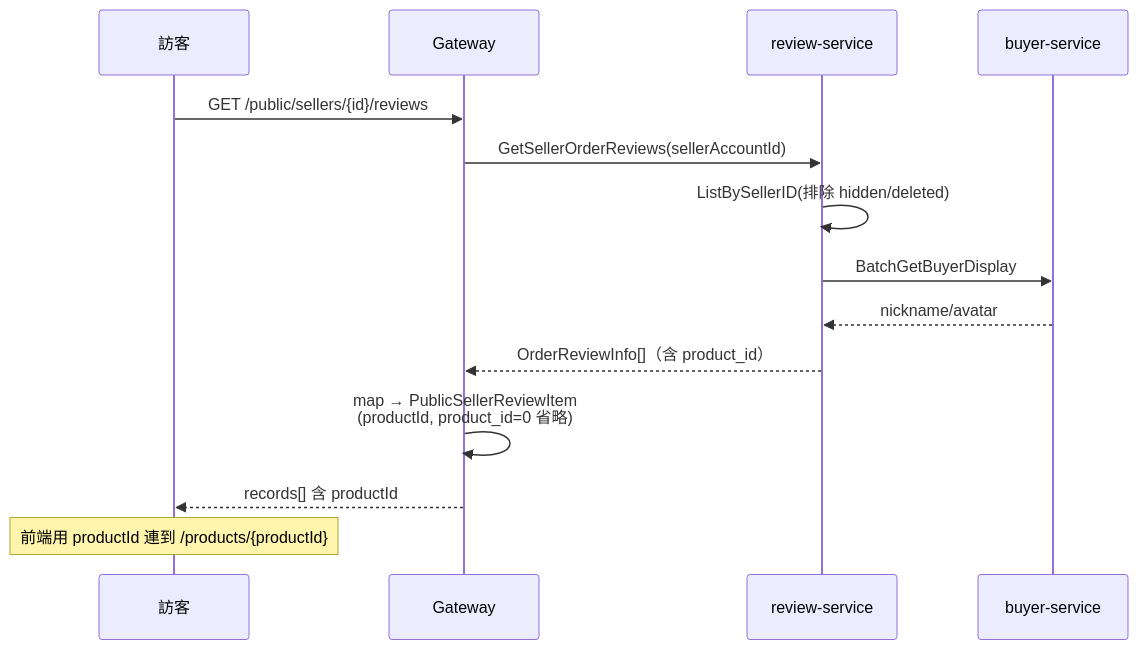
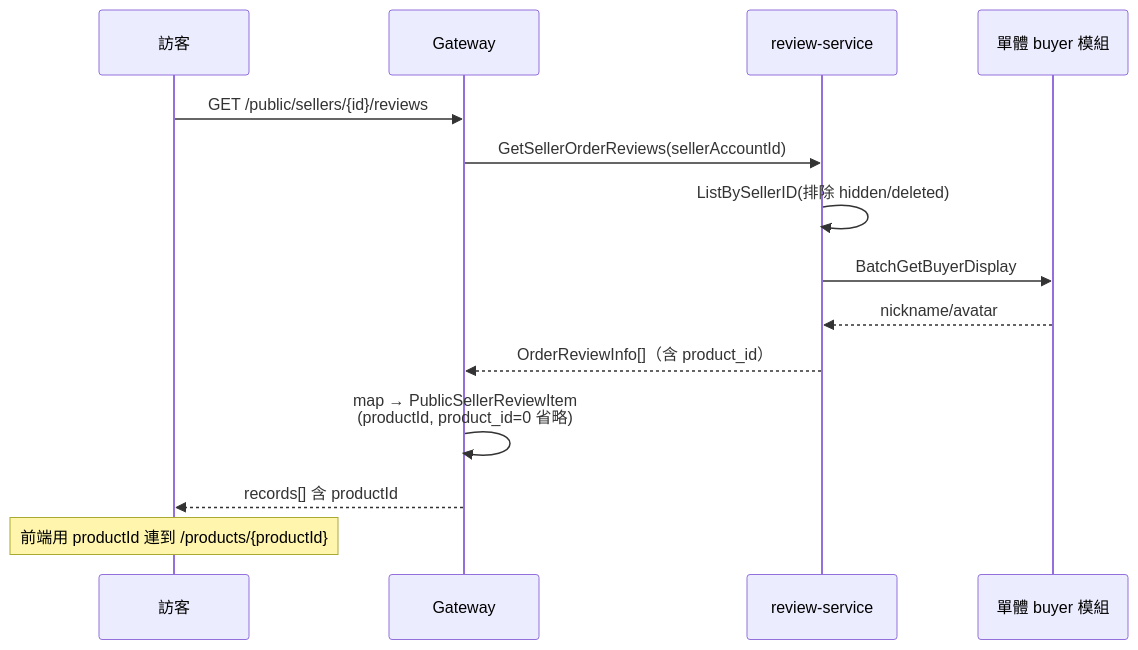
One commit to Will413028/hawkr changed the sixth of 8 diagrams in backend/docs/詳細設計書/43-評論微服務（Review Service）詳細設計書.md. Above: the diagram before and after it, drawn with Mermaid. The commit also changed other lines of this file and 24 other files, not shown here.

````diff
--- a/backend/docs/詳細設計書/43-評論微服務（Review Service）詳細設計書.md
+++ b/backend/docs/詳細設計書/43-評論微服務（Review Service）詳細設計書.md
@@ -533,17 +529,17 @@
 ```mermaid
 sequenceDiagram
     participant V as 訪客
     participant GW as Gateway
     participant R as review-service
-    participant BU as buyer-service
+    participant BU as 單體 buyer 模組
 
     V->>GW: GET /public/sellers/{id}/reviews
     GW->>R: GetSellerOrderReviews(sellerAccountId)
     R->>R: ListBySellerID(排除 hidden/deleted)
     R->>BU: BatchGetBuyerDisplay
     BU-->>R: nickname/avatar
     R-->>GW: OrderReviewInfo[]（含 product_id）
     GW->>GW: map → PublicSellerReviewItem<br/>(productId, product_id=0 省略)
     GW-->>V: records[] 含 productId
     Note over V: 前端用 productId 連到 /products/{productId}
 ```
````
